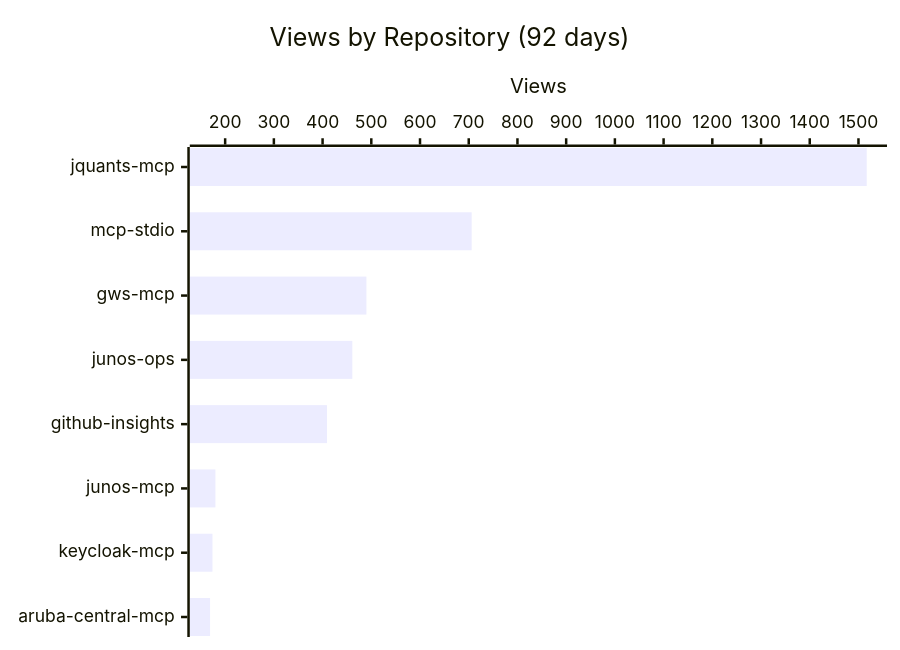
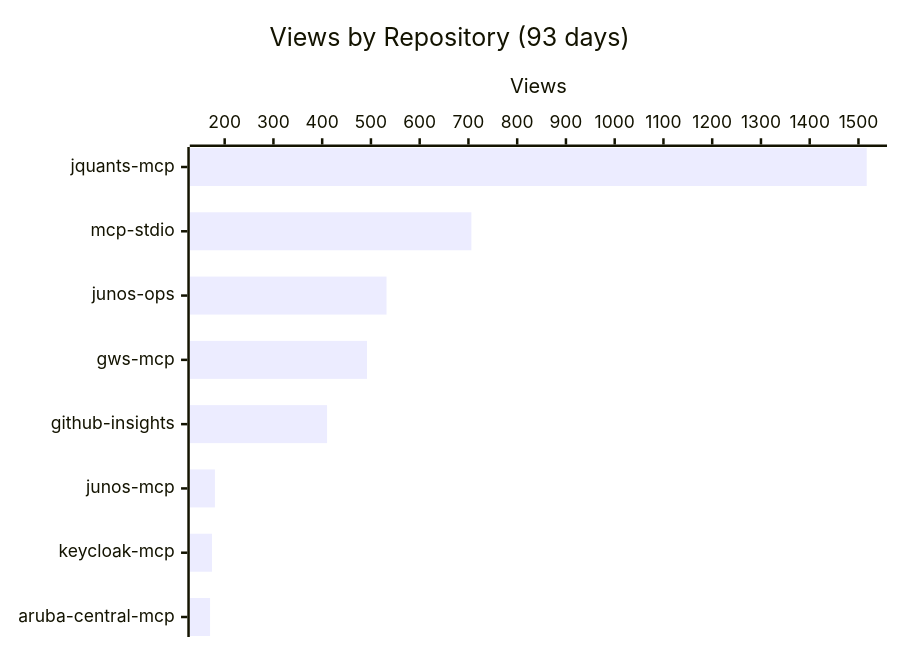
The first of 3 diagrams in README.md (shigechika/github-insights), drawn with Mermaid before and after one commit. The commit also changed other lines of this file and 2 other files, not shown here.

````diff
--- a/README.md
+++ b/README.md
@@ -18,7 +18,7 @@
 ```mermaid
 xychart-beta horizontal
-    title "Views by Repository (92 days)"
-    x-axis ["jquants-mcp", "mcp-stdio", "gws-mcp", "junos-ops", "github-insights", "junos-mcp", "keycloak-mcp", "aruba-central-mcp"]
+    title "Views by Repository (93 days)"
+    x-axis ["jquants-mcp", "mcp-stdio", "junos-ops", "gws-mcp", "github-insights", "junos-mcp", "keycloak-mcp", "aruba-central-mcp"]
     y-axis "Views"
-    bar [1517, 706, 490, 461, 409, 180, 174, 169]
+    bar [1517, 706, 532, 492, 410, 180, 174, 170]
 ```
````
